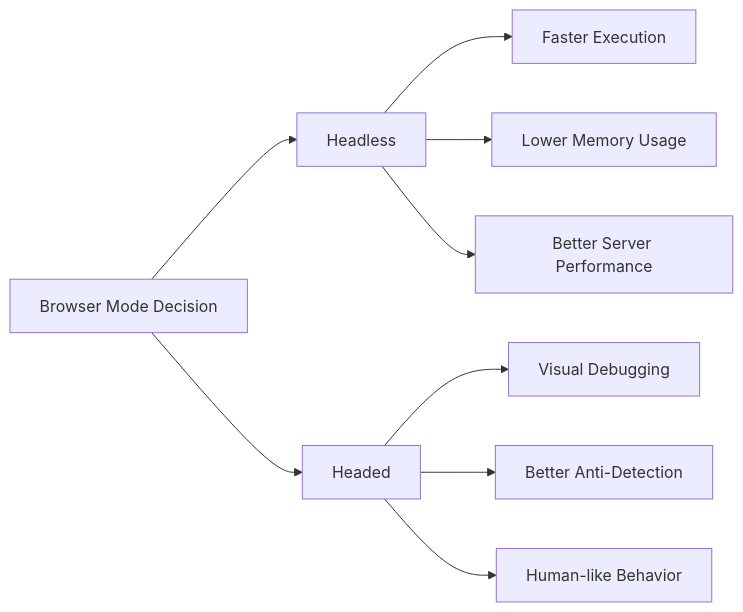
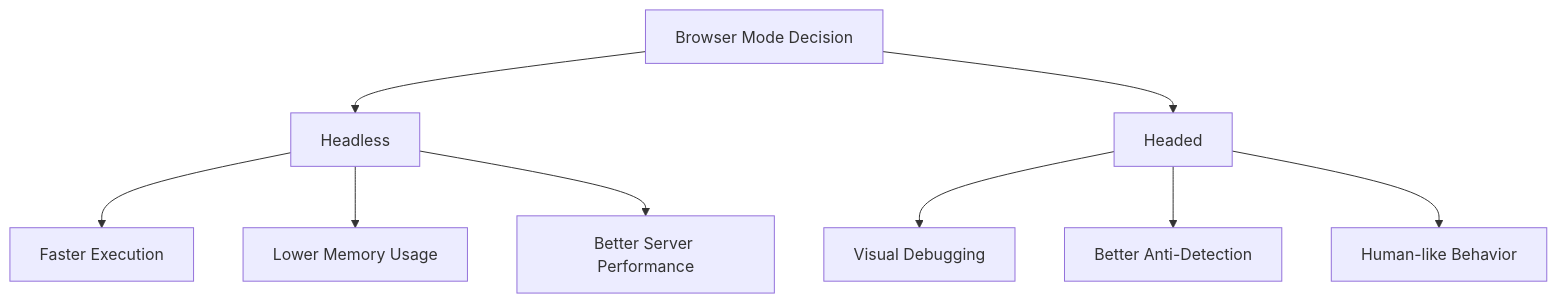
Before and after one commit to bytetunnels/bytetunnels.github.com: the first of 3 diagrams in _posts/2025-05-11-headless-vs-headed-browser-automation.md, drawn with Mermaid. The commit also changed 25 other files, not shown here.

Commit message:
chore: fixed mermaid charts

````diff
--- a/_posts/2025-05-11-headless-vs-headed-browser-automation.md
+++ b/_posts/2025-05-11-headless-vs-headed-browser-automation.md
@@ -37,11 +37,15 @@
 ```mermaid
-graph LR
-    A[Browser Mode Decision] --> B[Headless]
+graph TD
+    A[Browser Mode Decision]
+
+    A --> B[Headless]
     A --> C[Headed]
+
     B --> D[Faster Execution]
     B --> E[Lower Memory Usage]
     B --> F[Better Server Performance]
+
     C --> G[Visual Debugging]
     C --> H[Better Anti-Detection]
     C --> I[Human-like Behavior]
 ```
````
